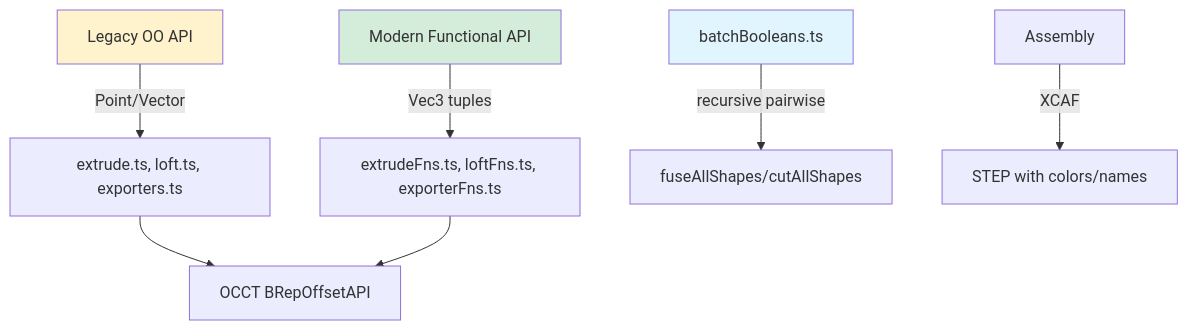
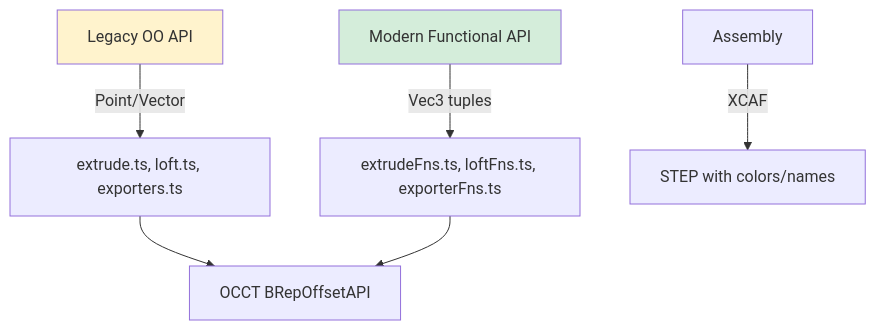
Before and after one commit to andymai/brepjs: the diagram in src/operations/README.md, drawn with Mermaid. The commit also changed other lines of this file and 32 other files, not shown here.

````diff
--- a/src/operations/README.md
+++ b/src/operations/README.md
@@ -5,13 +5,11 @@
 ```mermaid
 graph TD
     A[Legacy OO API] -->|Point/Vector| B[extrude.ts, loft.ts, exporters.ts]
     C[Modern Functional API] -->|Vec3 tuples| D[extrudeFns.ts, loftFns.ts, exporterFns.ts]
     B --> E[OCCT BRepOffsetAPI]
     D --> E
-    F[batchBooleans.ts] -->|recursive pairwise| G[fuseAllShapes/cutAllShapes]
     H[Assembly] -->|XCAF| I[STEP with colors/names]
 
     style A fill:#fff3cd
     style C fill:#d4edda
-    style F fill:#e1f5ff
 ```
````
